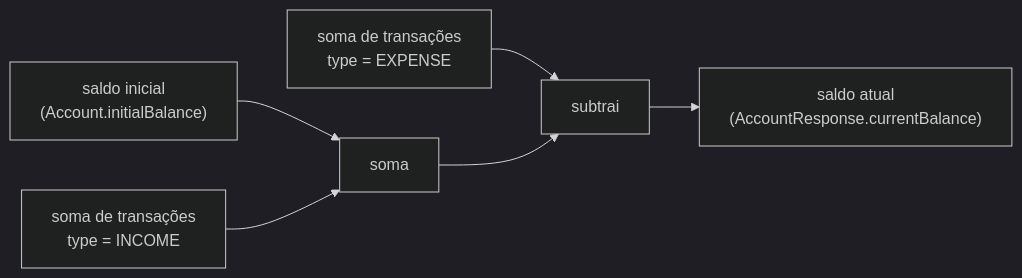
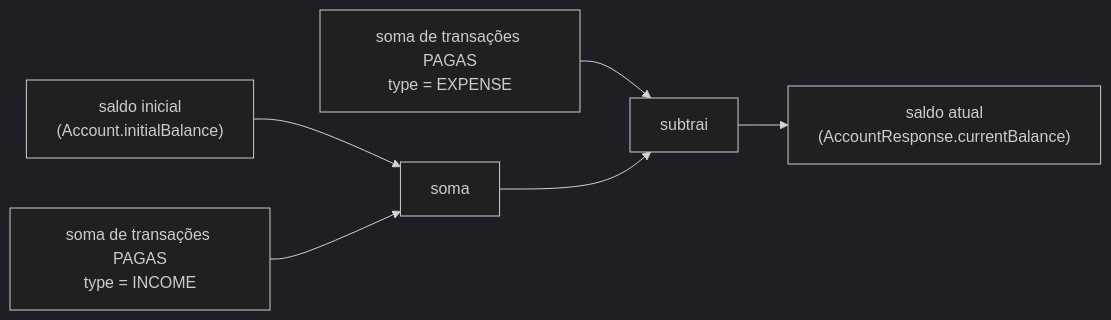
One commit to leozztto/LmfFinPro changed the fifth of 5 diagrams in docs/tecnica/fluxo-contas.md. Above: the diagram before and after it, drawn with Mermaid (dark theme). The commit also changed other lines of this file and 44 other files, not shown here.

````diff
--- a/docs/tecnica/fluxo-contas.md
+++ b/docs/tecnica/fluxo-contas.md
@@ -142,8 +177,8 @@
 ```mermaid
 flowchart LR
     Initial["saldo inicial\n(Account.initialBalance)"] --> Sum
-    Income["soma de transações\ntype = INCOME"] --> Sum
-    Expense["soma de transações\ntype = EXPENSE"] --> Sub["subtrai"]
+    Income["soma de transações PAGAS\ntype = INCOME"] --> Sum
+    Expense["soma de transações PAGAS\ntype = EXPENSE"] --> Sub["subtrai"]
     Sum["soma"] --> Sub
     Sub --> Current["saldo atual\n(AccountResponse.currentBalance)"]
 ```
````
